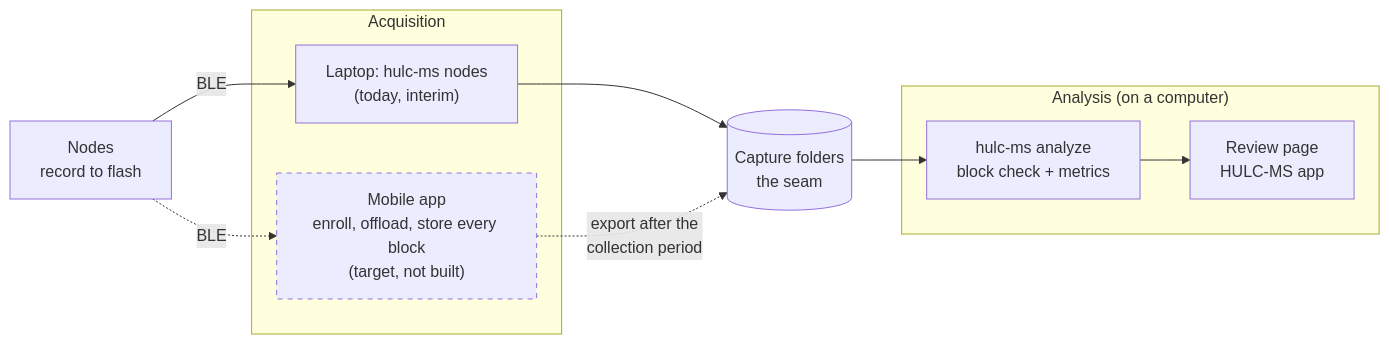
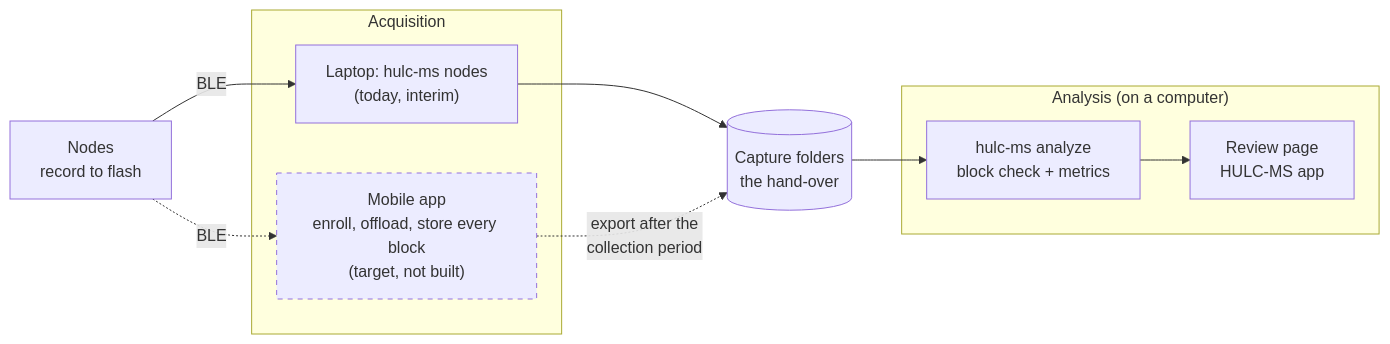
The first of 9 diagrams in docs/TECHNICAL_REFERENCE.md (Jamie215/HULC_motionshirt), drawn with Mermaid before and after one commit. The commit also changed other lines of this file, not shown here.

````diff
--- a/docs/TECHNICAL_REFERENCE.md
+++ b/docs/TECHNICAL_REFERENCE.md
@@ -51,18 +45,18 @@
 ```mermaid
 flowchart LR
     N["Nodes<br/>record to flash"]
     subgraph ACQ["Acquisition"]
         L["Laptop: hulc-ms nodes<br/>(today, interim)"]
         M["Mobile app<br/>enroll, offload, store every block<br/>(target, not built)"]
     end
-    C[("Capture folders<br/>the seam")]
+    C[("Capture folders<br/>the hand-over")]
     subgraph AN["Analysis (on a computer)"]
         A["hulc-ms analyze<br/>block check + metrics"]
         R["Review page<br/>HULC-MS app"]
     end
     N -- BLE --> L --> C
     N -. BLE .-> M -. "export after the<br/>collection period" .-> C
     C --> A --> R
     classDef todo stroke-dasharray: 5 5
     class M todo
 ```
````
